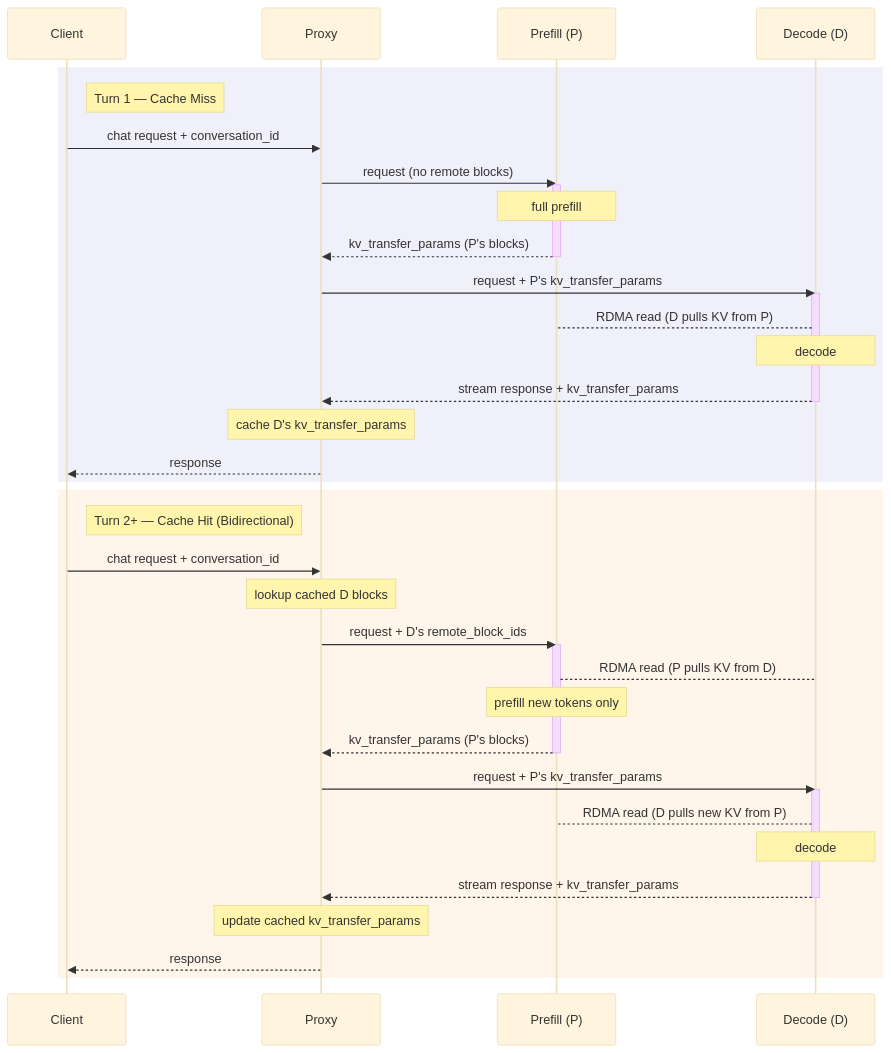
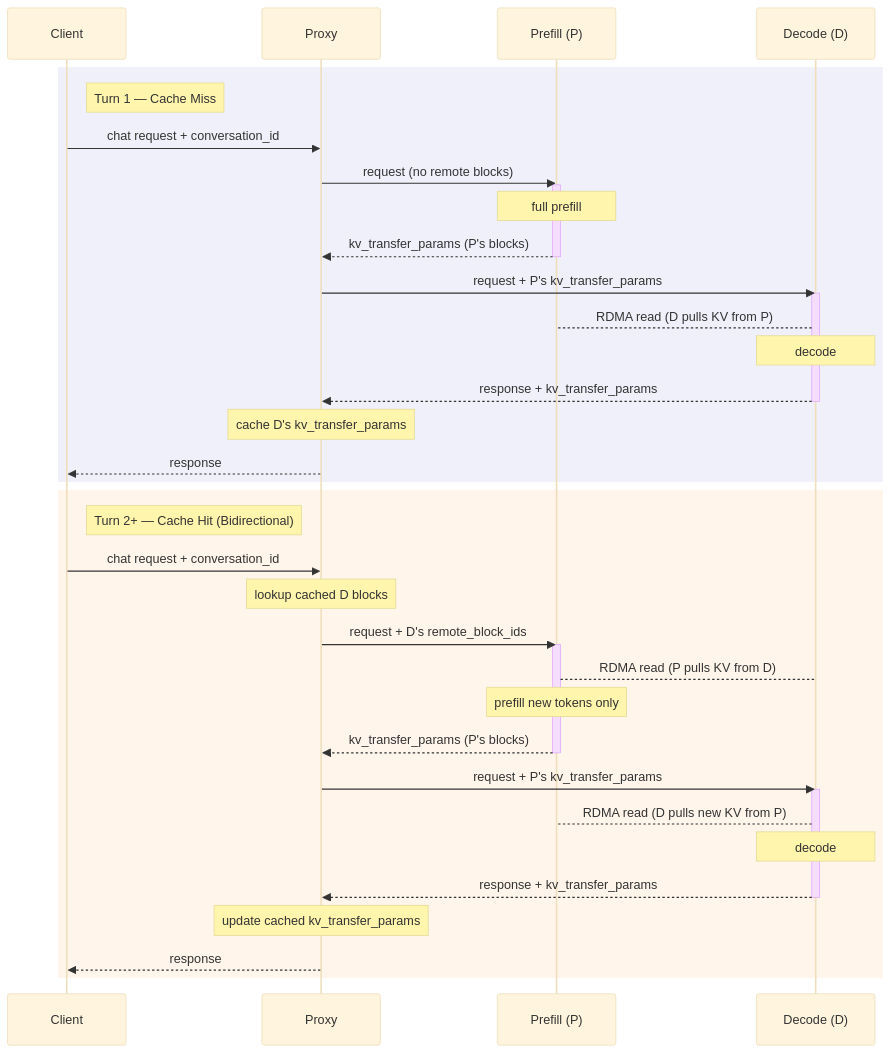
One commit to tanmay-bakshi/vllm changed the diagram in docs/features/nixl_connector_usage.md. Above: the diagram before and after it, drawn with Mermaid (base theme). The commit also changed other lines of this file and 83 other files, not shown here.

````diff
--- a/docs/features/nixl_connector_usage.md
+++ b/docs/features/nixl_connector_usage.md
@@ -147,45 +172,45 @@
 ```mermaid
 sequenceDiagram
     participant Client
     participant Proxy
     participant P as Prefill (P)
     participant D as Decode (D)
 
     rect rgb(240, 240, 250)
     note right of Client: Turn 1 — Cache Miss
     Client->>Proxy: chat request + conversation_id
     Proxy->>P: request (no remote blocks)
     activate P
     note over P: full prefill
     P-->>Proxy: kv_transfer_params (P's blocks)
     deactivate P
     Proxy->>D: request + P's kv_transfer_params
     activate D
     D-->P: RDMA read (D pulls KV from P)
     note over D: decode
-    D-->>Proxy: stream response + kv_transfer_params
+    D-->>Proxy: response + kv_transfer_params
     deactivate D
     note over Proxy: cache D's kv_transfer_params
     Proxy-->>Client: response
     end
 
     rect rgb(255, 245, 235)
     note right of Client: Turn 2+ — Cache Hit (Bidirectional)
     Client->>Proxy: chat request + conversation_id
     note over Proxy: lookup cached D blocks
     Proxy->>P: request + D's remote_block_ids
     activate P
     P-->D: RDMA read (P pulls KV from D)
     note over P: prefill new tokens only
     P-->>Proxy: kv_transfer_params (P's blocks)
     deactivate P
     Proxy->>D: request + P's kv_transfer_params
     activate D
     D-->P: RDMA read (D pulls new KV from P)
     note over D: decode
-    D-->>Proxy: stream response + kv_transfer_params
+    D-->>Proxy: response + kv_transfer_params
     deactivate D
     note over Proxy: update cached kv_transfer_params
     Proxy-->>Client: response
     end
 ```
````
